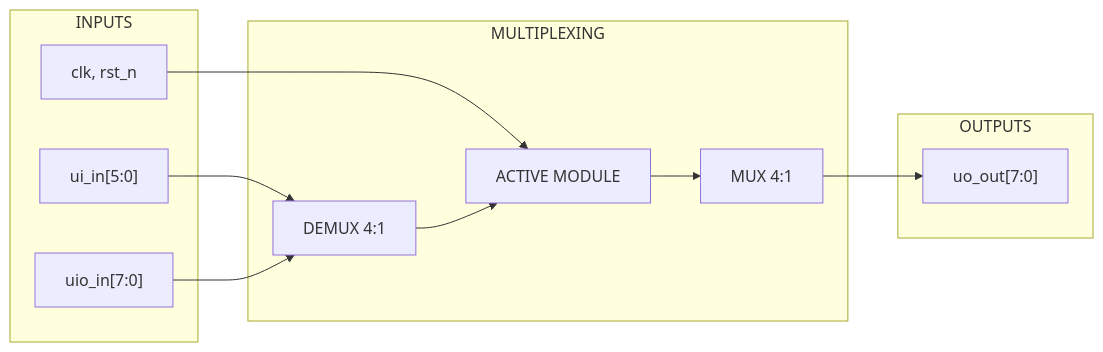
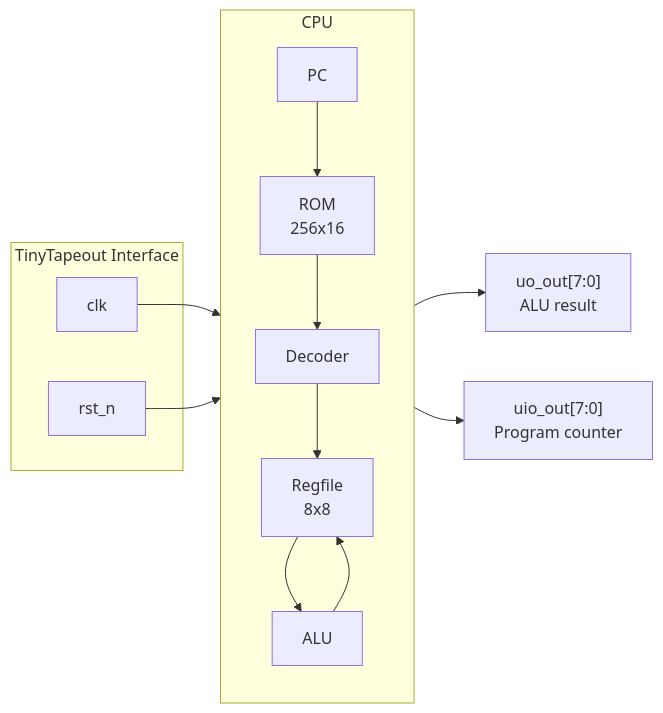
Before and after one commit to anonkey/tiny: the diagram in README.md, drawn with Mermaid. The commit also changed other lines of this file and 71 other files, not shown here.

````diff
--- a/README.md
+++ b/README.md
@@ -66,25 +7,20 @@
 ```mermaid
 flowchart LR
-    subgraph INPUTS
-        UI["ui_in[5:0]"]
-        UIO["uio_in[7:0]"]
-        CLK["clk, rst_n"]
+    subgraph TT ["TinyTapeout Interface"]
+        CLK["clk"]
+        RST["rst_n"]
     end
-    
-    subgraph MULTIPLEXING
-        DEMUX_BLOCK["DEMUX 4:1"]
-        ACTIVE["ACTIVE MODULE"]
-        MUX_BLOCK["MUX 4:1"]
+
+    subgraph CPU ["CPU"]
+        PC["PC"] --> ROM["ROM\n256x16"]
+        ROM --> DEC["Decoder"]
+        DEC --> RF["Regfile\n8x8"]
+        RF --> ALU["ALU"]
+        ALU --> RF
     end
-    
-    subgraph OUTPUTS
-        OUT["uo_out[7:0]"]
-    end
-    
-    UI --> DEMUX_BLOCK
-    UIO --> DEMUX_BLOCK
-    CLK --> ACTIVE
-    DEMUX_BLOCK --> ACTIVE
-    ACTIVE --> MUX_BLOCK
-    MUX_BLOCK --> OUT
+
+    CLK --> CPU
+    RST --> CPU
+    CPU --> UO["uo_out[7:0]\nALU result"]
+    CPU --> UIO["uio_out[7:0]\nProgram counter"]
 ```
````
